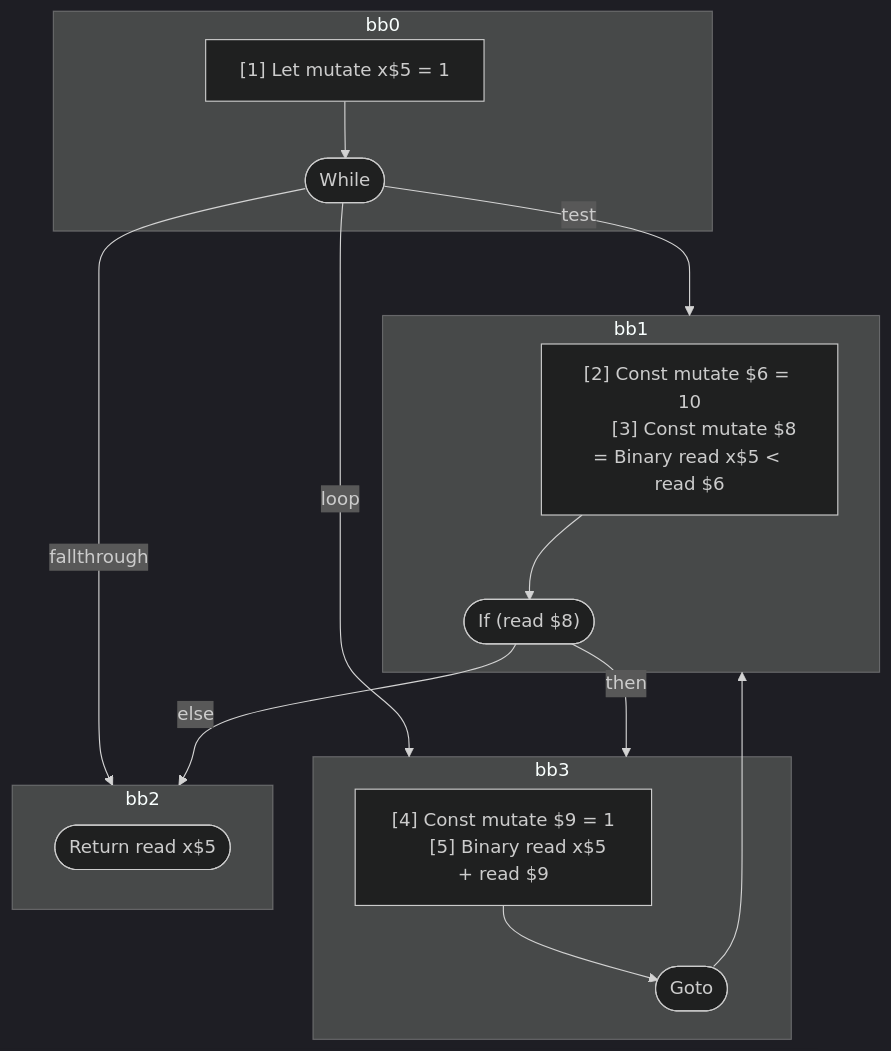
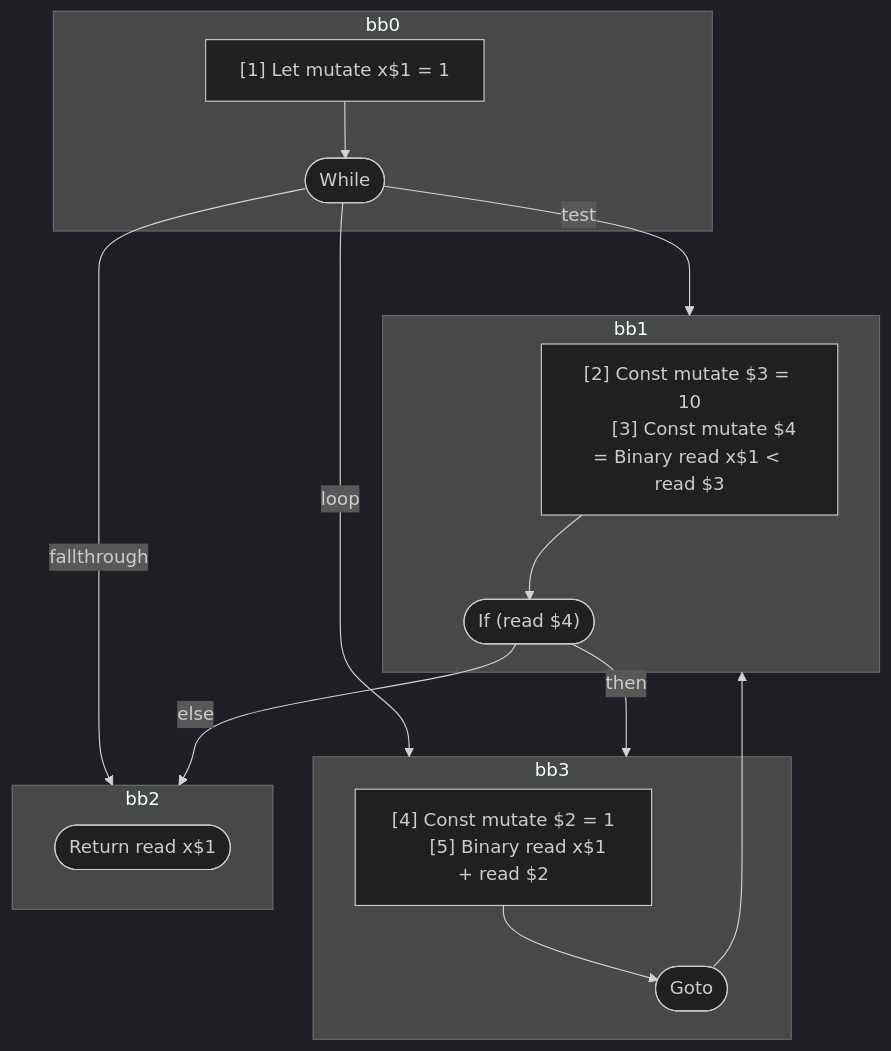
The diagram in compiler/forget/src/__tests__/fixtures/hir/ssa-while-no-reassign.expect.md (wutsmog/private), drawn with Mermaid (dark theme) before and after one commit. The commit also changed other lines of this file and 57 other files, not shown here.

````diff
--- a/compiler/forget/src/__tests__/fixtures/hir/ssa-while-no-reassign.expect.md
+++ b/compiler/forget/src/__tests__/fixtures/hir/ssa-while-no-reassign.expect.md
@@ -39,36 +39,36 @@
 ```mermaid
 flowchart TB
   %% Basic Blocks
   subgraph bb0
     bb0_instrs["
-      [1] Let mutate x$5 = 1
+      [1] Let mutate x$1 = 1
     "]
     bb0_instrs --> bb0_terminal(["While"])
   end
   subgraph bb1
     bb1_instrs["
-      [2] Const mutate $6 = 10
-      [3] Const mutate $8 = Binary read x$5 < read $6
+      [2] Const mutate $3 = 10
+      [3] Const mutate $4 = Binary read x$1 < read $3
     "]
-    bb1_instrs --> bb1_terminal(["If (read $8)"])
+    bb1_instrs --> bb1_terminal(["If (read $4)"])
   end
   subgraph bb3
     bb3_instrs["
-      [4] Const mutate $9 = 1
-      [5] Binary read x$5 + read $9
+      [4] Const mutate $2 = 1
+      [5] Binary read x$1 + read $2
     "]
     bb3_instrs --> bb3_terminal(["Goto"])
   end
   subgraph bb2
-    bb2_terminal(["Return read x$5"])
+    bb2_terminal(["Return read x$1"])
   end
 
   %% Jumps
   bb0_terminal -- test --> bb1
   bb0_terminal -- loop --> bb3
   bb0_terminal -- fallthrough --> bb2
   bb1_terminal -- then --> bb3
   bb1_terminal -- else --> bb2
   bb3_terminal --> bb1
 
 ```
````
